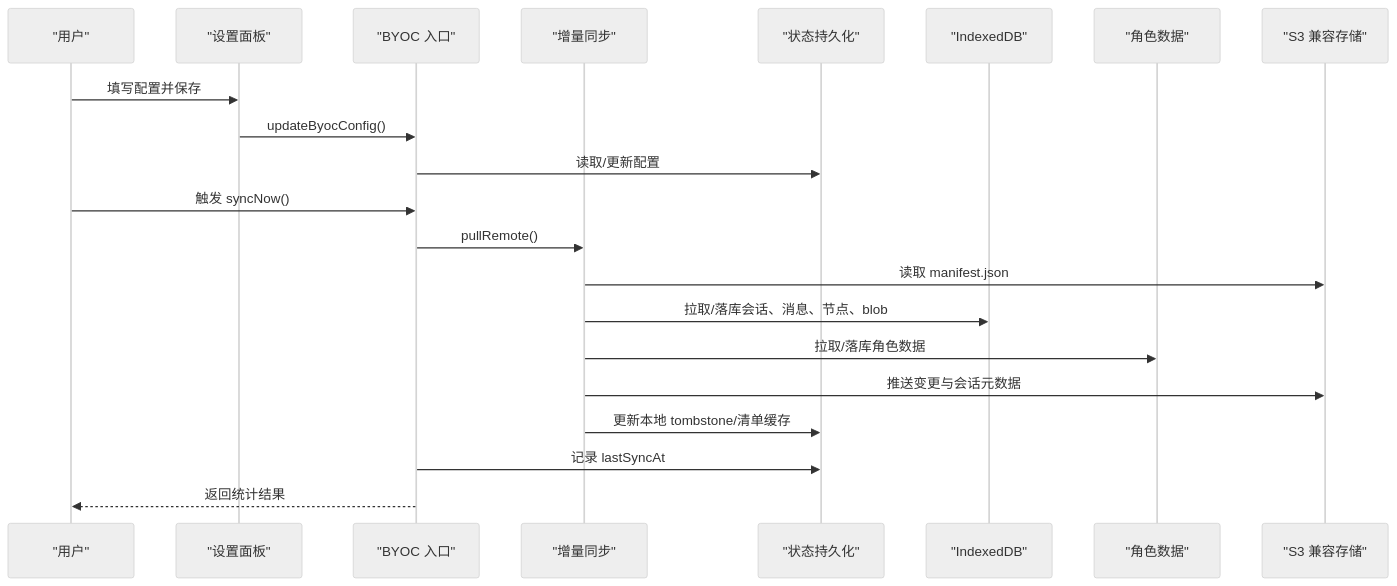
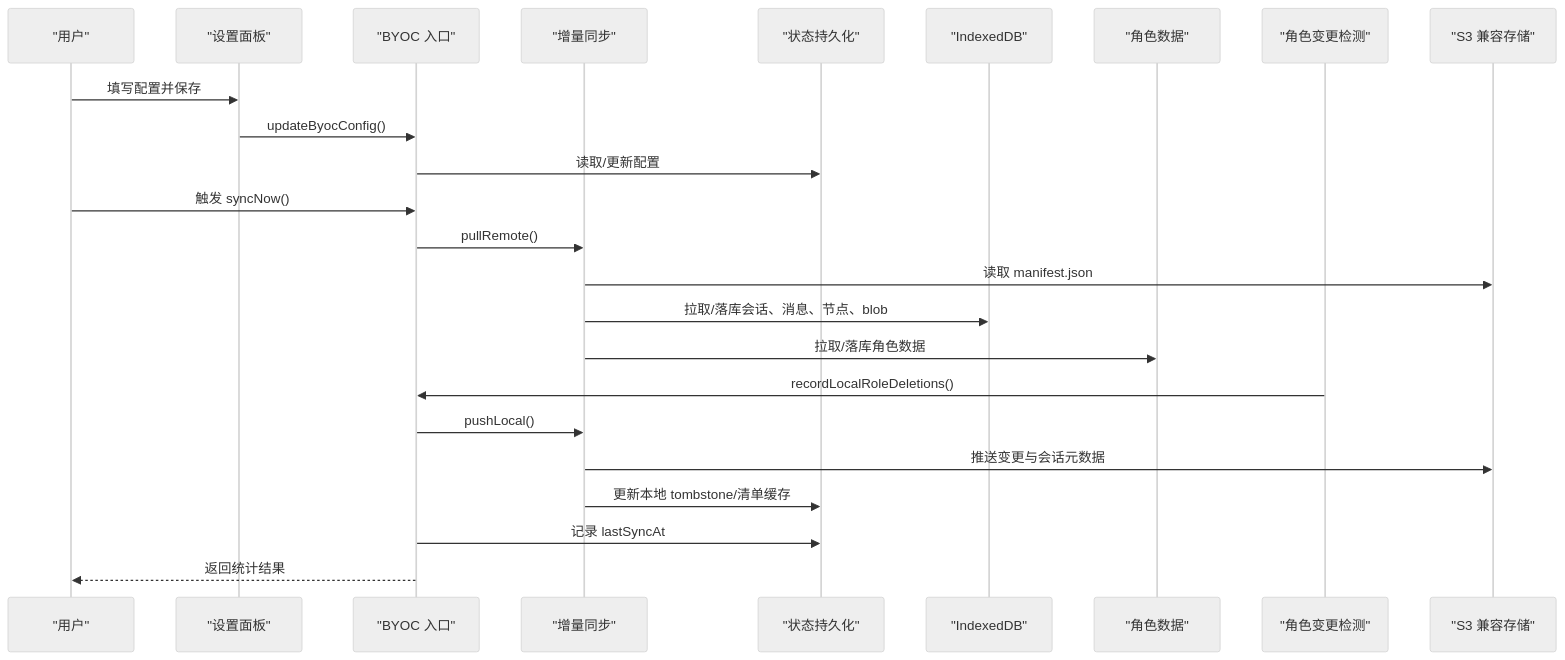
The second of 5 diagrams in .qoder/repowiki/zh/content/数据持久化/BYOC云同步系统.md (billye220670/AIShop), drawn with Mermaid (neutral theme) before and after one commit. The commit also changed other lines of this file and 30 other files, not shown here.

First line of the commit message:
fix: 修复 BYOC 自动同步与流式输出的竞态（圆点中断、Load failed、图片不可用）

````diff
--- a/.qoder/repowiki/zh/content/数据持久化/BYOC云同步系统.md
+++ b/.qoder/repowiki/zh/content/数据持久化/BYOC云同步系统.md
@@ -104,23 +109,26 @@
 ```mermaid
 sequenceDiagram
 participant U as "用户"
 participant UI as "设置面板"
 participant API as "BYOC 入口"
 participant INC as "增量同步"
 participant ST as "状态持久化"
 participant DB as "IndexedDB"
 participant ROLE as "角色数据"
+participant USECHAT as "角色变更检测"
 participant S3 as "S3 兼容存储"
 U->>UI : 填写配置并保存
 UI->>API : updateByocConfig()
 API->>ST : 读取/更新配置
 U->>API : 触发 syncNow()
 API->>INC : pullRemote()
 INC->>S3 : 读取 manifest.json
 INC->>DB : 拉取/落库会话、消息、节点、blob
 INC->>ROLE : 拉取/落库角色数据
+USECHAT->>API : recordLocalRoleDeletions()
+API->>INC : pushLocal()
 INC->>S3 : 推送变更与会话元数据
 INC->>ST : 更新本地 tombstone/清单缓存
 API->>ST : 记录 lastSyncAt
 API-->>U : 返回统计结果
 ```
````
